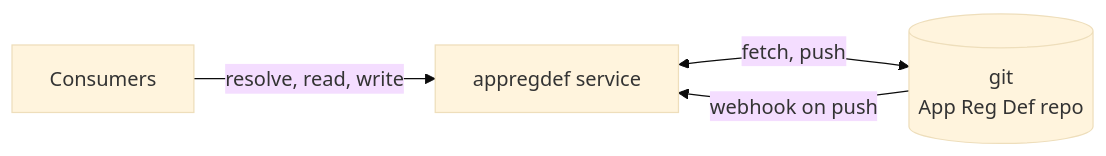
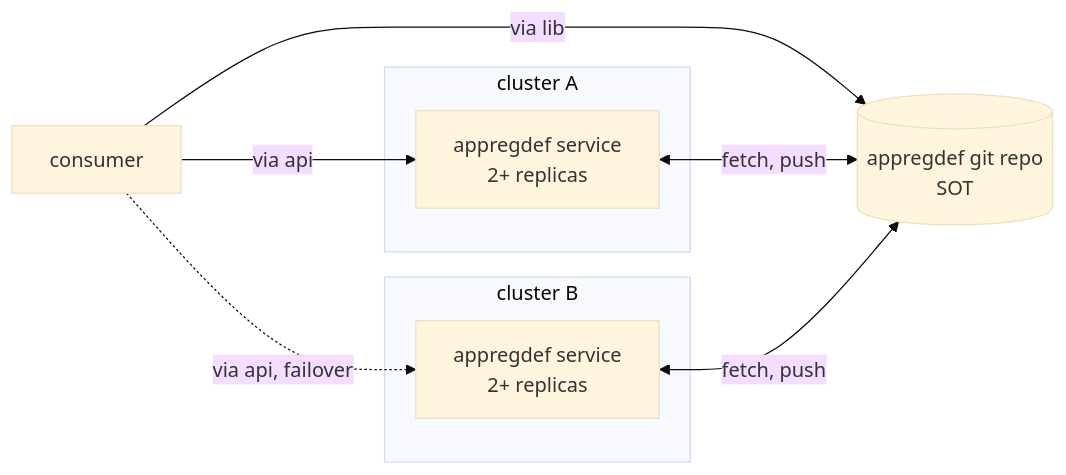
Before and after one commit to Netcracker/qubership-envgene: the first of 5 diagrams in docs/analysis/app-reg-def/service/architecture.md, drawn with Mermaid (base theme). The commit also changed other lines of this file and 2 other files, not shown here.

First line of the commit message:
docs: record the service HA topology, reachability, and access paths

````diff
--- a/docs/analysis/app-reg-def/service/architecture.md
+++ b/docs/analysis/app-reg-def/service/architecture.md
@@ -27,6 +24,16 @@
 ```mermaid
 flowchart LR
-  consumers["Consumers"] -->|"resolve, read, write"| svc["appregdef service"]
-  svc <-->|"fetch, push"| git[("git<br/>App Reg Def repo")]
-  git -->|"webhook on push"| svc
+  git[("appregdef git repo<br/>SOT")]
+  c["consumer"]
+  subgraph cA["cluster A"]
+    sa["appregdef service<br/>2+ replicas"]
+  end
+  subgraph cB["cluster B"]
+    sb["appregdef service<br/>2+ replicas"]
+  end
+  c -->|"via lib"| git
+  c -->|"via api"| sa
+  c -.->|"via api, failover"| sb
+  sa <-->|"fetch, push"| git
+  sb <-->|"fetch, push"| git
 ```
````
